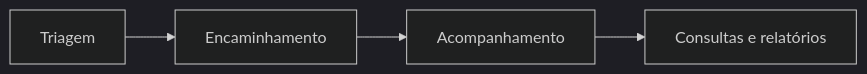
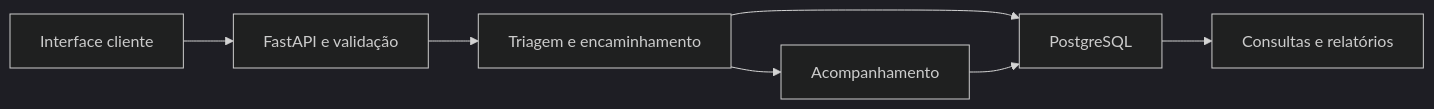
One commit to meyrison/meyrison changed the diagram in projetos/secretaria-da-mulher.md. Above: the diagram before and after it, drawn with Mermaid (dark theme). The commit also changed other lines of this file and 8 other files, not shown here.

````diff
--- a/projetos/secretaria-da-mulher.md
+++ b/projetos/secretaria-da-mulher.md
@@ -19,6 +22,9 @@
 ```mermaid
 flowchart LR
-    T["Triagem"] --> E["Encaminhamento"]
-    E --> A["Acompanhamento"]
-    A --> R["Consultas e relatórios"]
+    I["Interface cliente"] --> A["FastAPI e validação"]
+    A --> T["Triagem e encaminhamento"]
+    T --> C["Acompanhamento"]
+    T --> D["PostgreSQL"]
+    C --> D
+    D --> R["Consultas e relatórios"]
 ```
````
